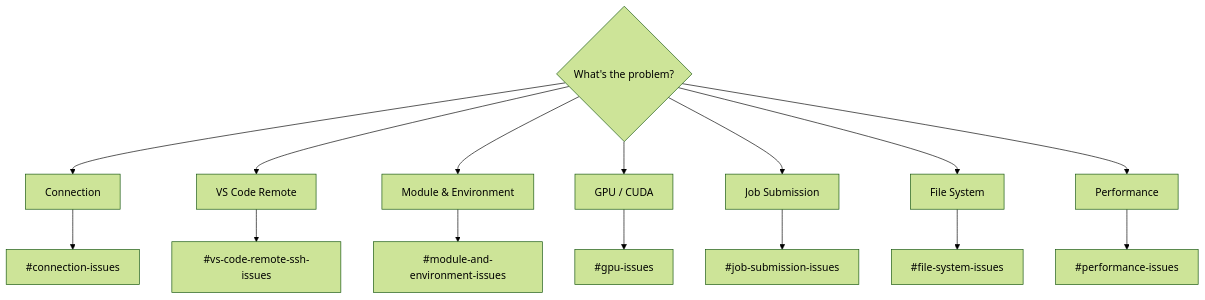
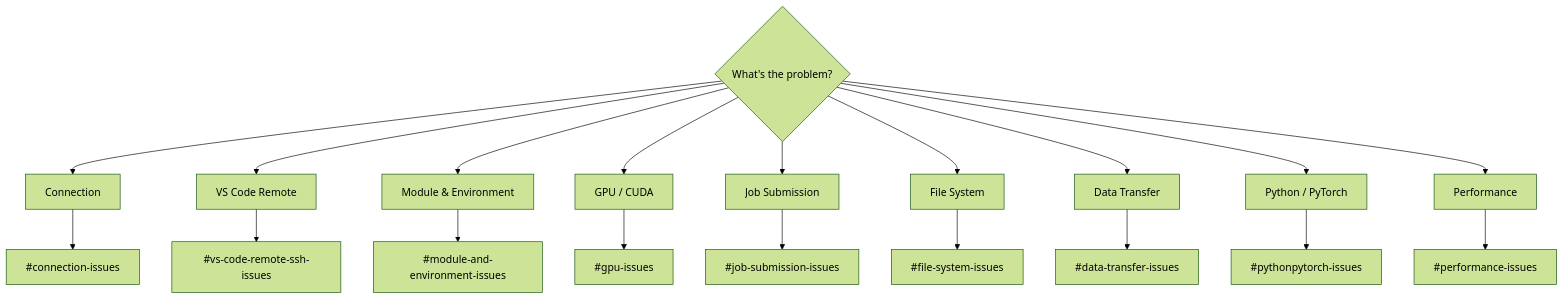
Before and after one commit to OSU-CAR-MSL/lab-setup-guide: the diagram in docs/resources/troubleshooting.md, drawn with Mermaid (forest theme). The commit also changed other lines of this file and 34 other files, not shown here.

````diff
--- a/docs/resources/troubleshooting.md
+++ b/docs/resources/troubleshooting.md
@@ -12,24 +12,30 @@
 ```mermaid
 flowchart TD
     A{What's the problem?} --> B[Connection]
     A --> H[VS Code Remote]
     A --> C[Module & Environment]
     A --> D[GPU / CUDA]
     A --> E[Job Submission]
     A --> F[File System]
+    A --> I[Data Transfer]
+    A --> J[Python / PyTorch]
     A --> G[Performance]
     B --> B1["#connection-issues"]
     H --> H1["#vs-code-remote-ssh-issues"]
     C --> C1["#module-and-environment-issues"]
     D --> D1["#gpu-issues"]
     E --> E1["#job-submission-issues"]
     F --> F1["#file-system-issues"]
+    I --> I1["#data-transfer-issues"]
+    J --> J1["#pythonpytorch-issues"]
     G --> G1["#performance-issues"]
     click B1 "#connection-issues"
     click H1 "#vs-code-remote-ssh-issues"
     click C1 "#module-and-environment-issues"
     click D1 "#gpu-issues"
     click E1 "#job-submission-issues"
     click F1 "#file-system-issues"
+    click I1 "#data-transfer-issues"
+    click J1 "#pythonpytorch-issues"
     click G1 "#performance-issues"
 ```
````
